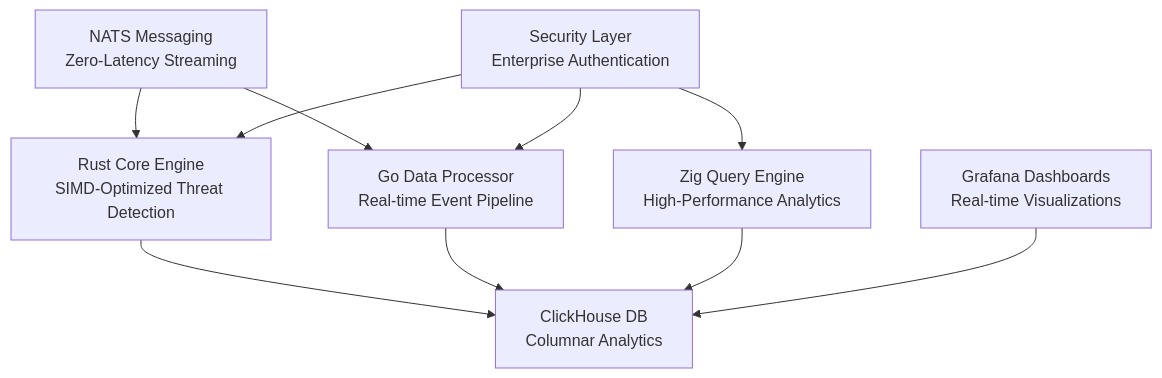
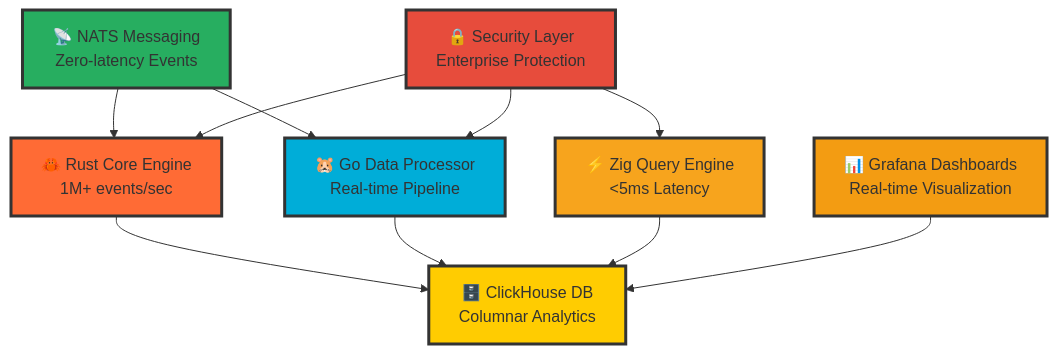
The diagram in README.md (YASSER-MN/ultra-siem), drawn with Mermaid before and after one commit. The commit also changed other lines of this file and 1 other file, not shown here.

````diff
--- a/README.md
+++ b/README.md
@@ -53,12 +50,20 @@
 ```mermaid
 graph TB
-    A[Rust Core Engine<br/>SIMD-Optimized Threat Detection] --> D[ClickHouse DB<br/>Columnar Analytics]
-    B[Go Data Processor<br/>Real-time Event Pipeline] --> D
-    C[Zig Query Engine<br/>High-Performance Analytics] --> D
-    E[NATS Messaging<br/>Zero-Latency Streaming] --> A
+    A[🦀 Rust Core Engine<br/>1M+ events/sec] --> D[🗄️ ClickHouse DB<br/>Columnar Analytics]
+    B[🐹 Go Data Processor<br/>Real-time Pipeline] --> D
+    C[⚡ Zig Query Engine<br/><5ms Latency] --> D
+    E[📡 NATS Messaging<br/>Zero-latency Events] --> A
     E --> B
-    F[Grafana Dashboards<br/>Real-time Visualizations] --> D
-    G[Security Layer<br/>Enterprise Authentication] --> A
+    F[📊 Grafana Dashboards<br/>Real-time Visualization] --> D
+    G[🔒 Security Layer<br/>Enterprise Protection] --> A
     G --> B
     G --> C
+
+    style A fill:#ff6b35,stroke:#333,stroke-width:3px
+    style B fill:#00ADD8,stroke:#333,stroke-width:3px
+    style C fill:#F7A41D,stroke:#333,stroke-width:3px
+    style D fill:#FFCC01,stroke:#333,stroke-width:3px
+    style E fill:#27AE60,stroke:#333,stroke-width:3px
+    style F fill:#F39C12,stroke:#333,stroke-width:3px
+    style G fill:#E74C3C,stroke:#333,stroke-width:3px
 ```
````
